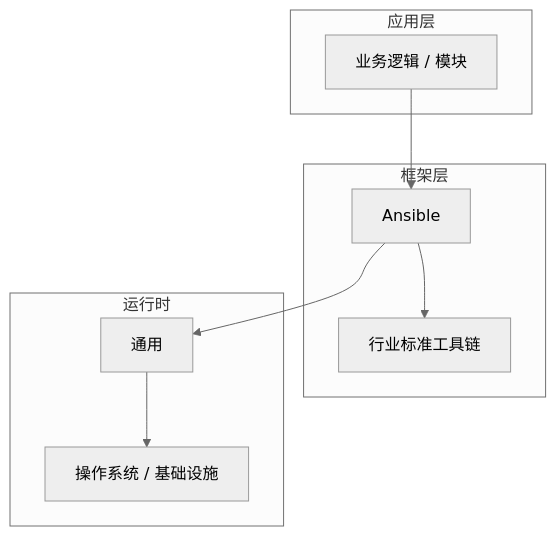
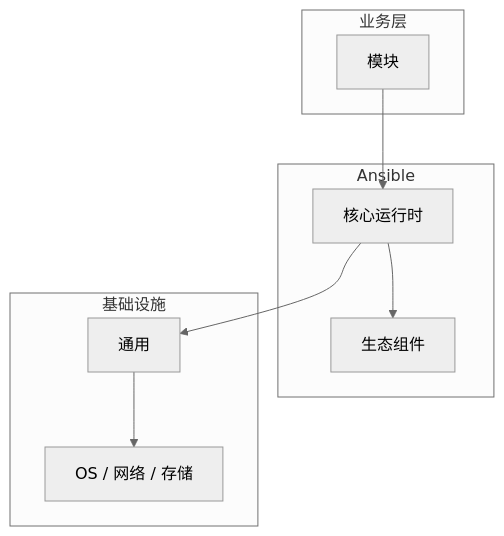
Before and after one commit to yanggan2015/knowledge-json-v2: the diagram in articles/Ansible/chapters/026-模块核心概念与原理.md, drawn with Mermaid (neutral theme). The commit also changed other lines of this file and 10127 other files, not shown here.

````diff
--- a/articles/Ansible/chapters/026-模块核心概念与原理.md
+++ b/articles/Ansible/chapters/026-模块核心概念与原理.md
@@ -45,18 +34,18 @@
 ```mermaid
 graph TB
-    subgraph 应用层
-        A[业务逻辑 / 模块]
+    subgraph 业务层
+        A[模块]
     end
-    subgraph 框架层
-        B[Ansible]
-        C[行业标准工具链]
+    subgraph Ansible
+        B[核心运行时]
+        C[生态组件]
     end
-    subgraph 运行时
+    subgraph 基础设施
         D[通用]
-        E[操作系统 / 基础设施]
+        E[OS / 网络 / 存储]
     end
     A --> B
     B --> C
     B --> D
     D --> E
 ```
````
